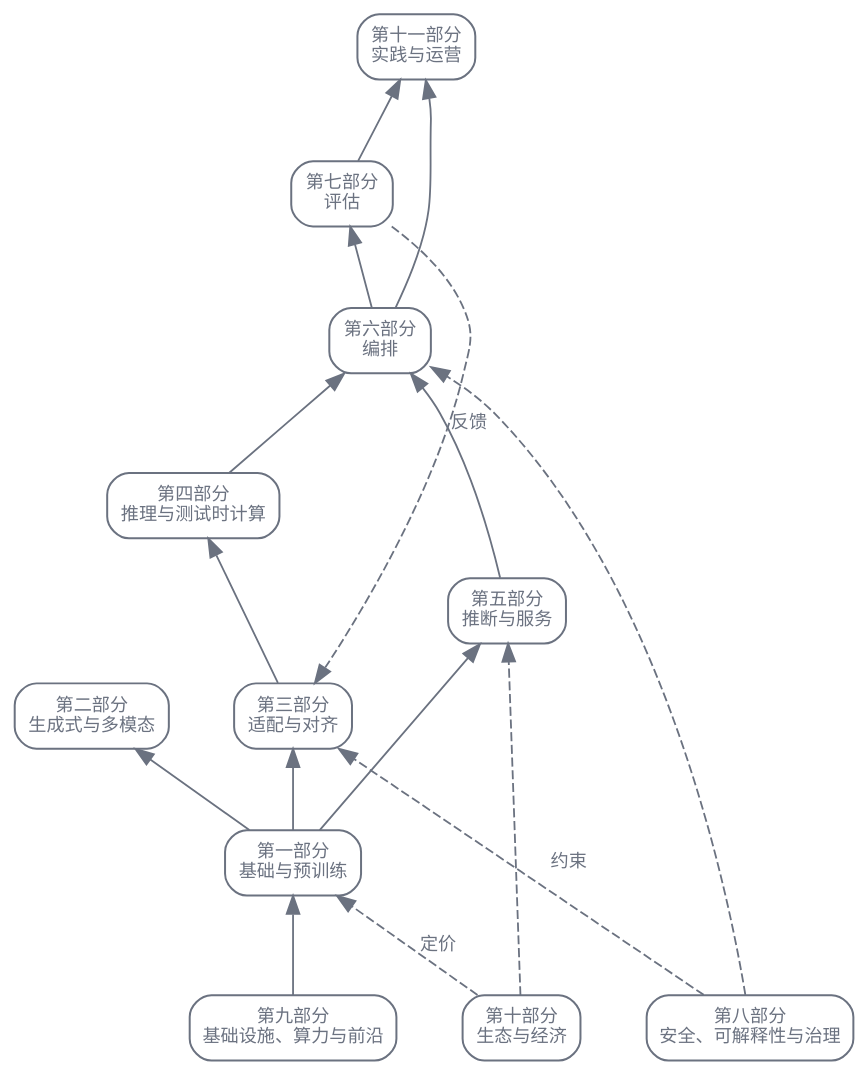
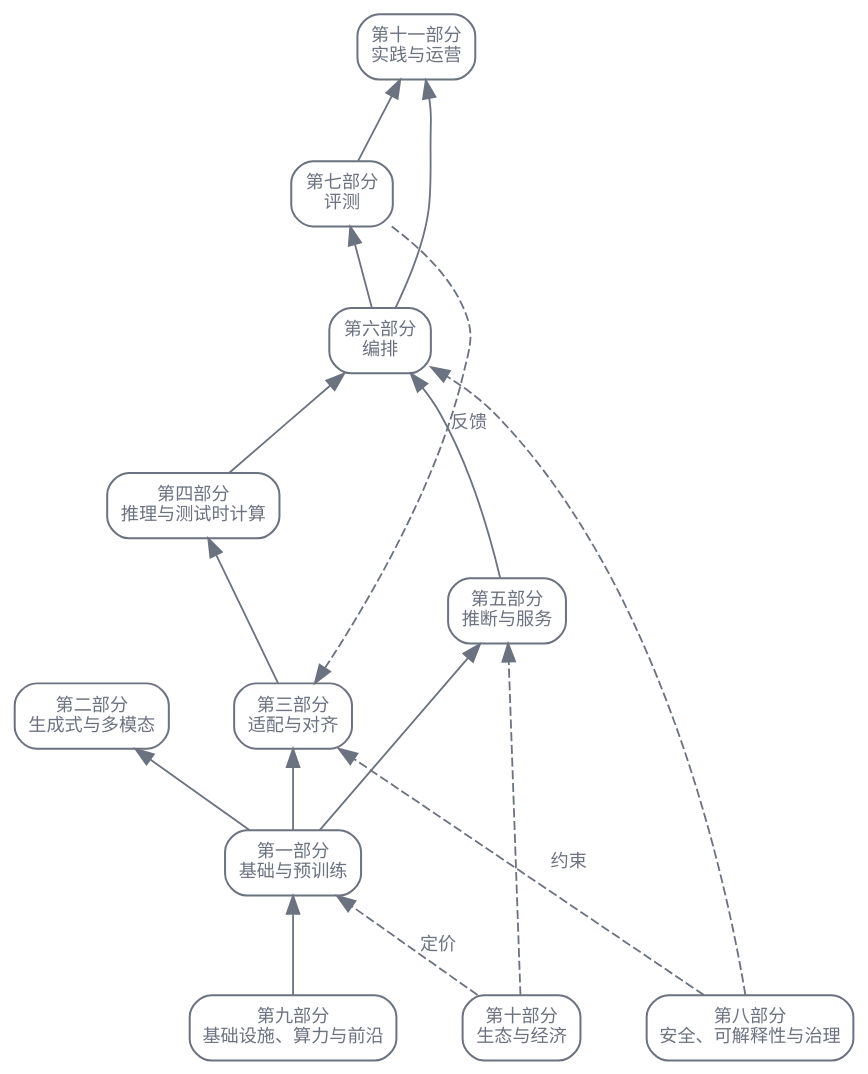
Before and after one commit to latere-ai/ai-as-an-infrastructure: the first of 2 diagrams in zh/orientation/02-field-map.qmd, drawn with Graphviz. The commit also changed other lines of this file and 43 other files, not shown here.

````diff
--- a/zh/orientation/02-field-map.qmd
+++ b/zh/orientation/02-field-map.qmd
@@ -13,34 +13,34 @@
 ```{dot}
 //| label: fig-field-map-stack
 //| fig-cap: "这些实质部分读作一个栈。实线箭头从一层指向构建于其上的那层；虚线箭头是横切的力（评估反馈、安全约束、经济定价），它们跨层施加影响，而不是把一层传递给下一层。"
 digraph {
   bgcolor="transparent";
   rankdir=BT;
   nodesep=0.5; ranksep=0.6;
   node [shape=box, style=rounded, fontsize=10, fontname="Helvetica", color="#6b7280", fontcolor="#6b7280", penwidth=1.1];
   edge [fontsize=10, fontname="Helvetica", color="#6b7280", fontcolor="#6b7280"];
 
   PIX  [label="第九部分\n基础设施、算力与前沿"];
   PI   [label="第一部分\n基础与预训练"];
   PII  [label="第二部分\n生成式与多模态"];
   PIII [label="第三部分\n适配与对齐"];
   PIV  [label="第四部分\n推理与测试时计算"];
   PV   [label="第五部分\n推断与服务"];
   PVI  [label="第六部分\n编排"];
-  PVII [label="第七部分\n评估"];
+  PVII [label="第七部分\n评测"];
   PVIII[label="第八部分\n安全、可解释性与治理"];
   PX   [label="第十部分\n生态与经济"];
   PXI  [label="第十一部分\n实践与运营"];
 
   PIX -> PI;
   PI -> PII; PI -> PIII; PI -> PV;
   PIII -> PIV; PIV -> PVI; PV -> PVI;
   PVI -> PVII; PVI -> PXI; PVII -> PXI;
 
   PVII  -> PIII [style=dashed, label="反馈", constraint=false];
   PVIII -> PIII [style=dashed, label="约束", constraint=false];
   PVIII -> PVI  [style=dashed, constraint=false];
   PX -> PI [style=dashed, label="定价", constraint=false];
   PX -> PV [style=dashed, constraint=false];
 }
 ```
````
